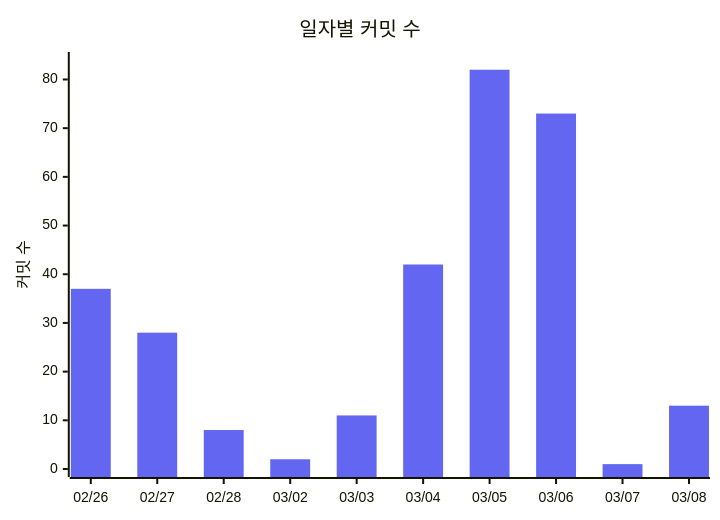
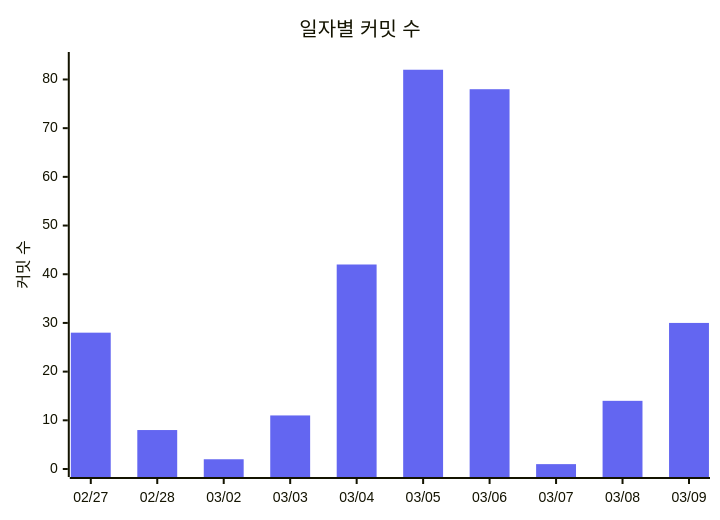
The fourth of 4 diagrams in README.md (3rd-project-team-1/ALYAC-market-team1), drawn with Mermaid before and after one commit. The commit also changed other lines of this file, not shown here.

````diff
--- a/README.md
+++ b/README.md
@@ -452,12 +452,12 @@
 ```mermaid
 %%{init: { 'theme': 'base', 'themeVariables': {
   'xyChart': {
     'plotColorPalette': '#6366f1'
   }
 } } }%%
 xychart-beta
   title "일자별 커밋 수"
-  x-axis ["02/26", "02/27", "02/28", "03/02", "03/03", "03/04", "03/05", "03/06", "03/07", "03/08"]
+  x-axis ["02/27", "02/28", "03/02", "03/03", "03/04", "03/05", "03/06", "03/07", "03/08", "03/09"]
   y-axis "커밋 수" 0 --> 84
-  bar [37, 28, 8, 2, 11, 42, 82, 73, 1, 13]
+  bar [28, 8, 2, 11, 42, 82, 78, 1, 14, 30]
 ```
````
